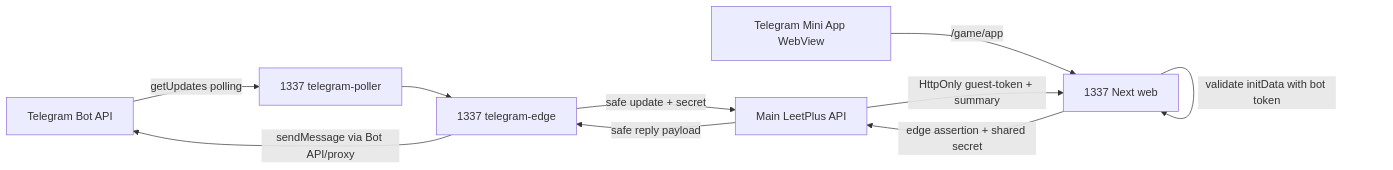
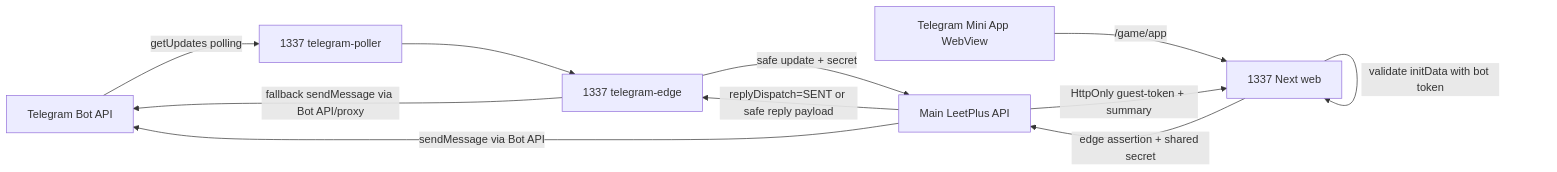
One commit to boozik3412/leetplus changed the diagram in docs/deployment/telegram-edge-vds/README.md. Above: the diagram before and after it, drawn with Mermaid. The commit also changed other lines of this file and 7 other files, not shown here.

````diff
--- a/docs/deployment/telegram-edge-vds/README.md
+++ b/docs/deployment/telegram-edge-vds/README.md
@@ -41,12 +41,13 @@
 ```mermaid
 flowchart LR
   TG["Telegram Bot API"] -->|"getUpdates polling"| POLLER["1337 telegram-poller"]
   POLLER --> EDGE["1337 telegram-edge"]
   EDGE -->|"safe update + secret"| API["Main LeetPlus API"]
-  API -->|"safe reply payload"| EDGE
-  EDGE -->|"sendMessage via Bot API/proxy"| TG
+  API -->|"replyDispatch=SENT or safe reply payload"| EDGE
+  API -->|"sendMessage via Bot API"| TG
+  EDGE -->|"fallback sendMessage via Bot API/proxy"| TG
   TGAPP["Telegram Mini App WebView"] -->|"/game/app"| EDGEWEB["1337 Next web"]
   EDGEWEB -->|"validate initData with bot token"| EDGEWEB
   EDGEWEB -->|"edge assertion + shared secret"| API
   API -->|"HttpOnly guest-token + summary"| EDGEWEB
 ```
````
